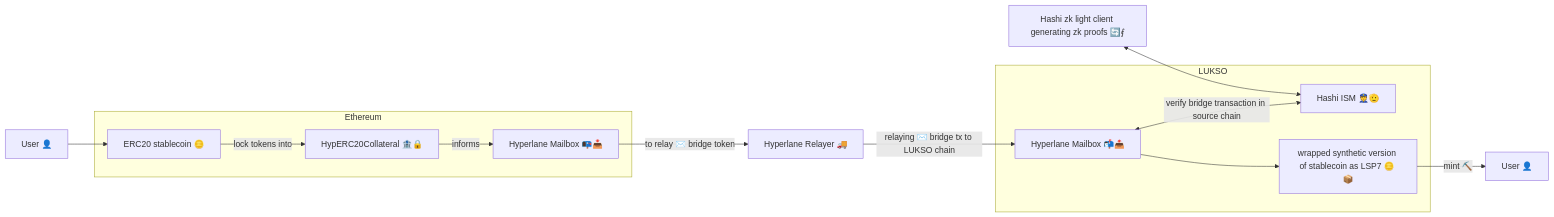
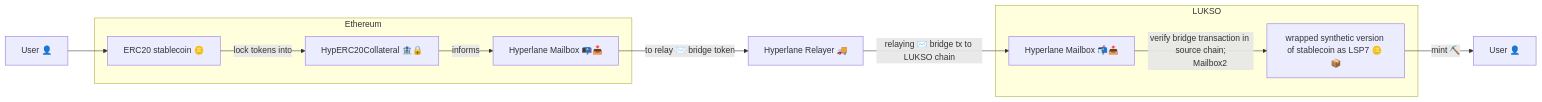
Before and after one commit to lukso-network/lsp-bridge-HypLSP7: the first of 5 diagrams in docs/README.md, drawn with Mermaid. The commit also changed other lines of this file and 1 other file, not shown here.

````diff
--- a/docs/README.md
+++ b/docs/README.md
@@ -5,21 +6,16 @@
 ```mermaid
 graph LR;
     User[User 👤] --> ERC20[ERC20 stablecoin 🪙];
-
     subgraph Collateral_Chain[Ethereum]
         ERC20 -- lock tokens into --> HypERC20Collateral[HypERC20Collateral 🏦🔒];
         HypERC20Collateral -- informs --> Mailbox1[Hyperlane Mailbox 📭📥];
     end
-
     Mailbox1 -- to relay ✉️ bridge token --> Relayer[Hyperlane Relayer 🚚];
     Relayer -- relaying ✉️ bridge tx to LUKSO chain  --> Mailbox2[Hyperlane Mailbox 📬📤];
 
-
     subgraph Synthetic_Chain[LUKSO]
-        Mailbox2 -- verify bridge transaction in source chain <--> ISM[Hashi ISM 👮🫡];
+        Mailbox2 -- verify bridge transaction in source chain;
         Mailbox2 --> HypLSP7[wrapped synthetic version of stablecoin as LSP7 🪙 📦];
     end
         HypLSP7 -- mint ⛏️ --> User2[User 👤]
-
-    Hashi[Hashi zk light client generating zk proofs 🔄⨐] <--> ISM
 ```
````
